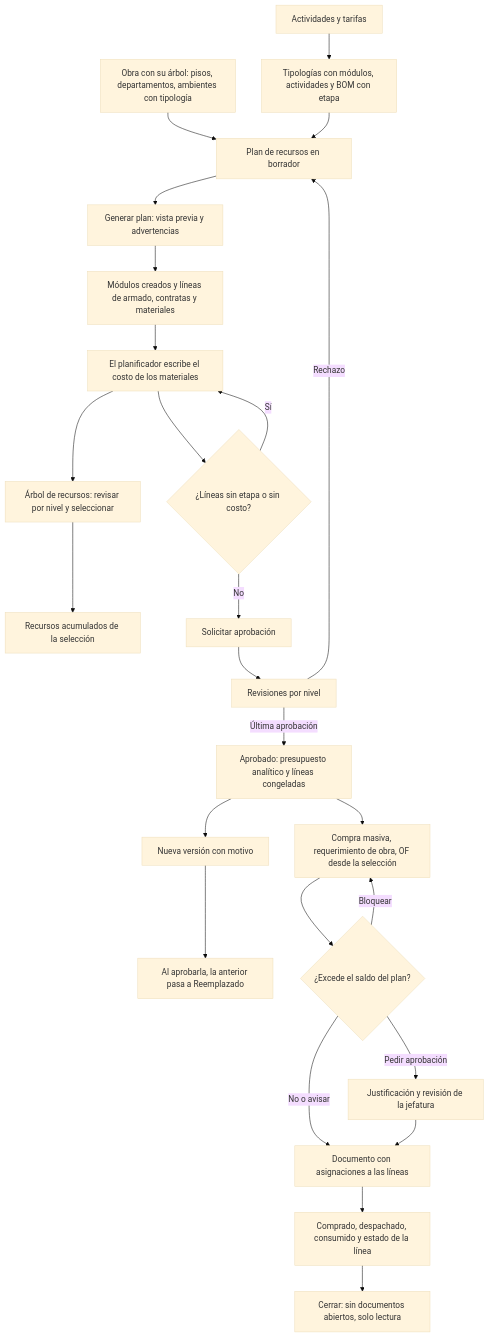
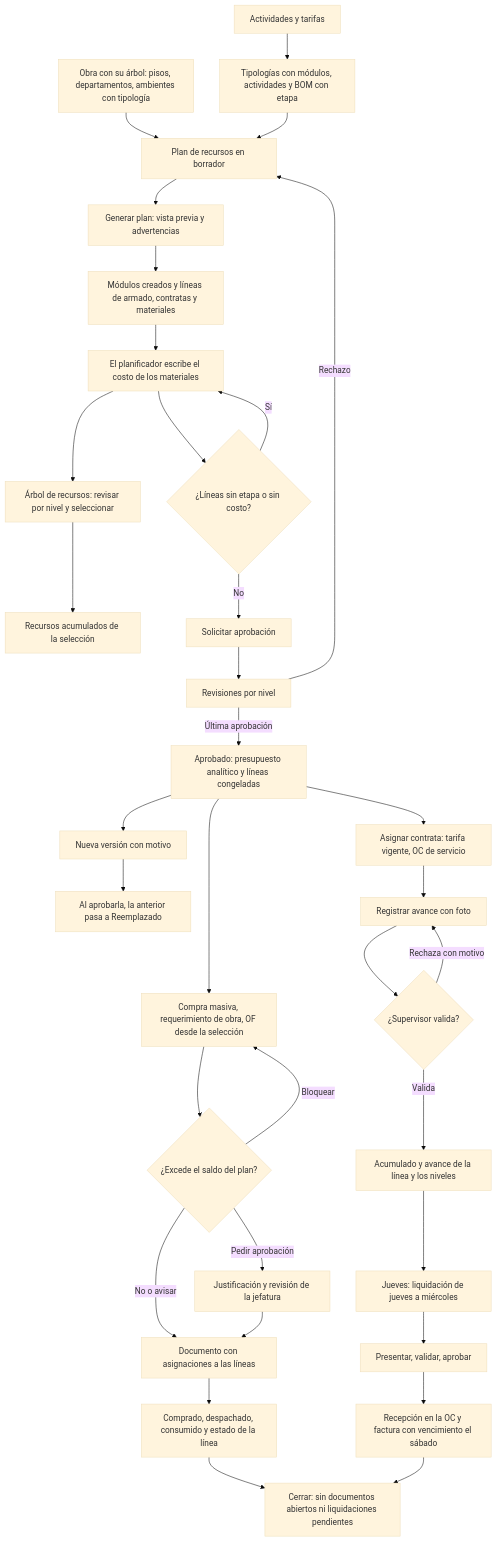
The diagram in OL-PROJECTS/al_construction_planner/GUIA_FUNCIONAL.md (olanoit/ol_new_apps), drawn with Mermaid (base theme) before and after one commit. The commit also changed other lines of this file and 53 other files, not shown here.

````diff
--- a/OL-PROJECTS/al_construction_planner/GUIA_FUNCIONAL.md
+++ b/OL-PROJECTS/al_construction_planner/GUIA_FUNCIONAL.md
@@ -52,26 +64,33 @@
 ```mermaid
 flowchart TD
   A[Actividades y tarifas] --> C[Tipologías con módulos, actividades y BOM con etapa]
   B[Obra con su árbol: pisos, departamentos, ambientes con tipología] --> D
   C --> D[Plan de recursos en borrador]
   D --> E[Generar plan: vista previa y advertencias]
   E --> F[Módulos creados y líneas de armado, contratas y materiales]
   F --> G[El planificador escribe el costo de los materiales]
   G --> H[Árbol de recursos: revisar por nivel y seleccionar]
   H --> I[Recursos acumulados de la selección]
   G --> J{¿Líneas sin etapa o sin costo?}
   J -- Sí --> G
   J -- No --> K[Solicitar aprobación]
   K --> L[Revisiones por nivel]
   L -- Rechazo --> D
   L -- Última aprobación --> M[Aprobado: presupuesto analítico y líneas congeladas]
   M --> N[Nueva versión con motivo]
   N --> O[Al aprobarla, la anterior pasa a Reemplazado]
   M --> Q[Compra masiva, requerimiento de obra, OF desde la selección]
   Q --> R{¿Excede el saldo del plan?}
   R -- No o avisar --> S[Documento con asignaciones a las líneas]
   R -- Pedir aprobación --> T[Justificación y revisión de la jefatura] --> S
   R -- Bloquear --> Q
   S --> U[Comprado, despachado, consumido y estado de la línea]
-  U --> P[Cerrar: sin documentos abiertos, solo lectura]
+  M --> V[Asignar contrata: tarifa vigente, OC de servicio]
+  V --> W[Registrar avance con foto] --> X{¿Supervisor valida?}
+  X -- Rechaza con motivo --> W
+  X -- Valida --> Y[Acumulado y avance de la línea y los niveles]
+  Y --> Z[Jueves: liquidación de jueves a miércoles]
+  Z --> Z1[Presentar, validar, aprobar] --> Z2[Recepción en la OC y factura con vencimiento el sábado]
+  U --> P[Cerrar: sin documentos abiertos ni liquidaciones pendientes]
+  Z2 --> P
 ```
````
